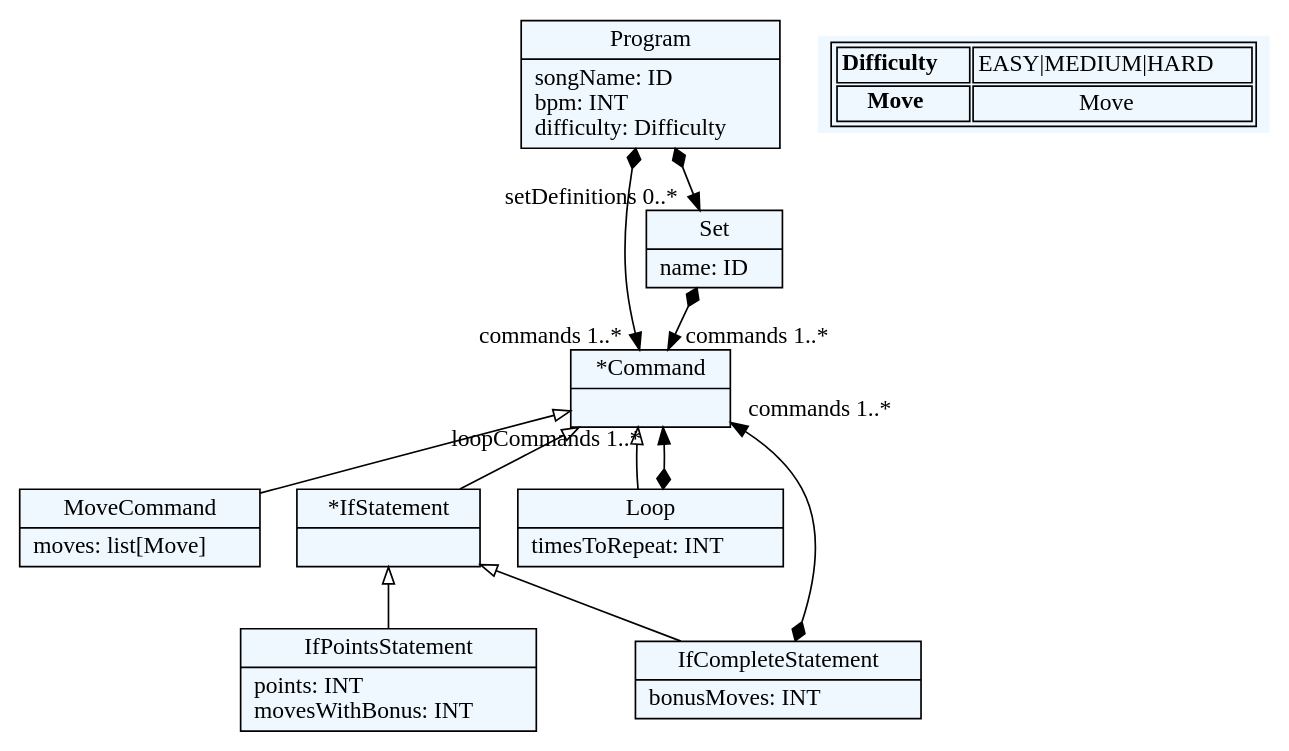
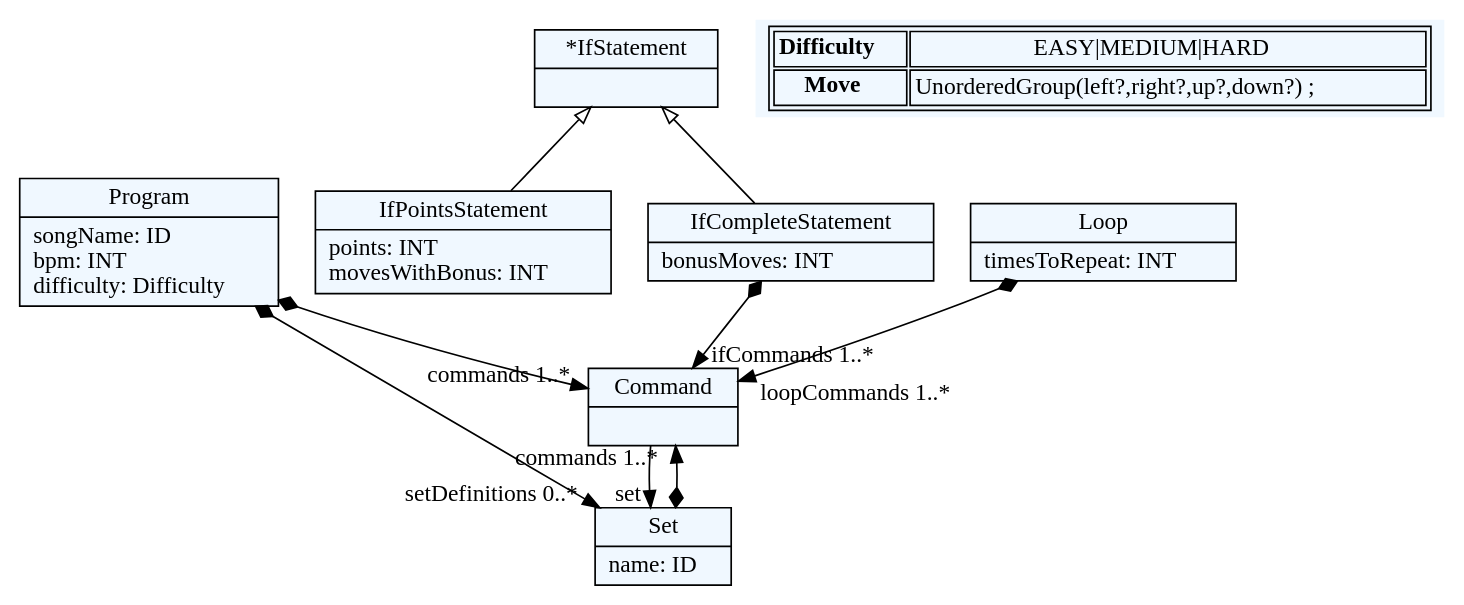
One commit to JanosevicRa177/JSD-Tim-2 changed the diagram in grammar.dot. Above: the diagram before and after it, drawn with Graphviz. The commit also changed 9 other files, not shown here.

```diff
--- a/grammar.dot
+++ b/grammar.dot
@@ -1,52 +1,48 @@
 
     digraph textX {
     fontname = "Bitstream Vera Sans"
     fontsize = 8
     node[
         shape=record,
         style=filled,
         fillcolor=aliceblue
     ]
     nodesep = 0.3
     edge[dir=black,arrowtail=empty]
 
 
-2591190722352[ label="{Program|songName: ID\lbpm: INT\ldifficulty: Difficulty\l}"]
+2631045023696[ label="{Program|songName: ID\lbpm: INT\ldifficulty: Difficulty\l}"]
 
-2591190718448[ label="{*Command|}"]
+2631045030528[ label="{Command|}"]
 
-2591190706736[ label="{MoveCommand|moves: list[Move]\l}"]
+2631045031504[ label="{*IfStatement|}"]
 
-2591190704784[ label="{*IfStatement|}"]
+2631045032480[ label="{IfPointsStatement|points: INT\lmovesWithBonus: INT\l}"]
 
-2591190700880[ label="{IfPointsStatement|points: INT\lmovesWithBonus: INT\l}"]
+2631045047120[ label="{IfCompleteStatement|bonusMoves: INT\l}"]
 
-2591190711616[ label="{IfCompleteStatement|bonusMoves: INT\l}"]
+2631045034432[ label="{Loop|timesToRepeat: INT\l}"]
 
-2591190728208[ label="{Loop|timesToRepeat: INT\l}"]
-
-2591190714544[ label="{Set|name: ID\l}"]
+2631045043216[ label="{Set|name: ID\l}"]
 
 
 
-2591190722352 -> 2591190714544[arrowtail=diamond, dir=both, headlabel="setDefinitions 0..*"]
-2591190722352 -> 2591190718448[arrowtail=diamond, dir=both, headlabel="commands 1..*"]
-2591190718448 -> 2591190706736 [dir=back]
-2591190718448 -> 2591190704784 [dir=back]
-2591190718448 -> 2591190728208 [dir=back]
-2591190704784 -> 2591190700880 [dir=back]
-2591190704784 -> 2591190711616 [dir=back]
-2591190711616 -> 2591190718448[arrowtail=diamond, dir=both, headlabel="commands 1..*"]
-2591190728208 -> 2591190718448[arrowtail=diamond, dir=both, headlabel="loopCommands 1..*"]
-2591190714544 -> 2591190718448[arrowtail=diamond, dir=both, headlabel="commands 1..*"]
+2631045023696 -> 2631045043216[arrowtail=diamond, dir=both, headlabel="setDefinitions 0..*"]
+2631045023696 -> 2631045030528[arrowtail=diamond, dir=both, headlabel="commands 1..*"]
+2631045030528 -> 2631045043216[headlabel="set "]
+2631045031504 -> 2631045047120 [dir=back]
+2631045031504 -> 2631045032480 [dir=back]
+2631045047120 -> 2631045030528[arrowtail=diamond, dir=both, headlabel="ifCommands 1..*"]
+2631045034432 -> 2631045030528[arrowtail=diamond, dir=both, headlabel="loopCommands 1..*"]
+2631045043216 -> 2631045030528[arrowtail=diamond, dir=both, headlabel="commands 1..*"]
 match_rules [ shape=plaintext, label=< <table>
 	<tr>
 		<td><b>Difficulty</b></td><td>EASY|MEDIUM|HARD</td>
 	</tr>
 	<tr>
-		<td><b>Move</b></td><td>Move</td>
+		<td><b>Move</b></td><td>UnorderedGroup(left?,right?,up?,down?) ;</td>
 	</tr>
 </table> >]
 
 
 }
```
